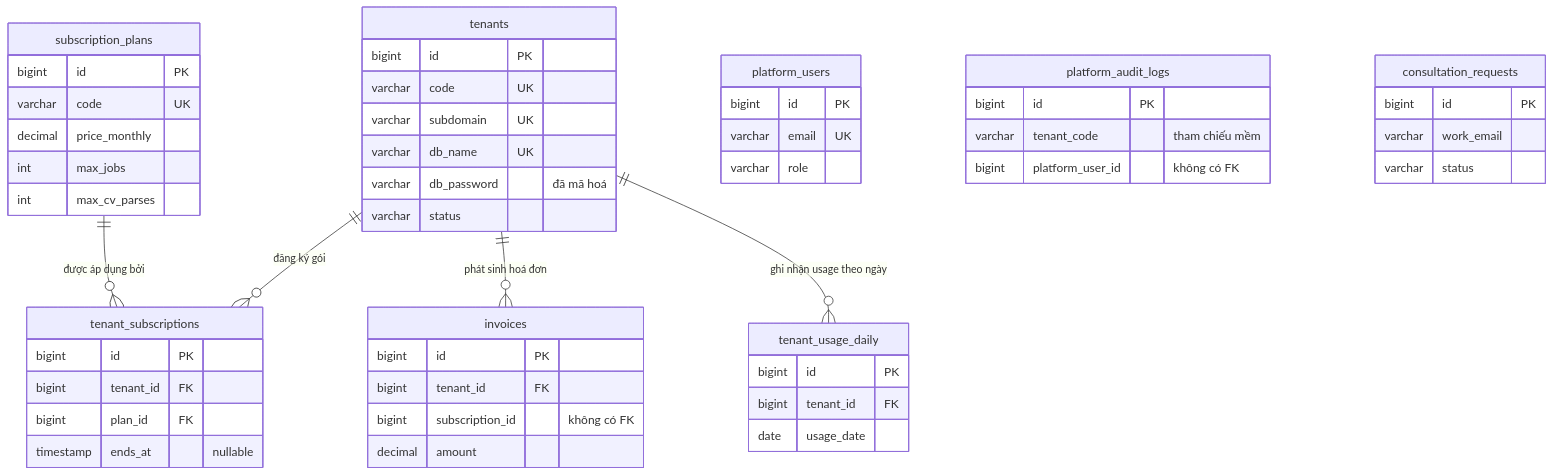
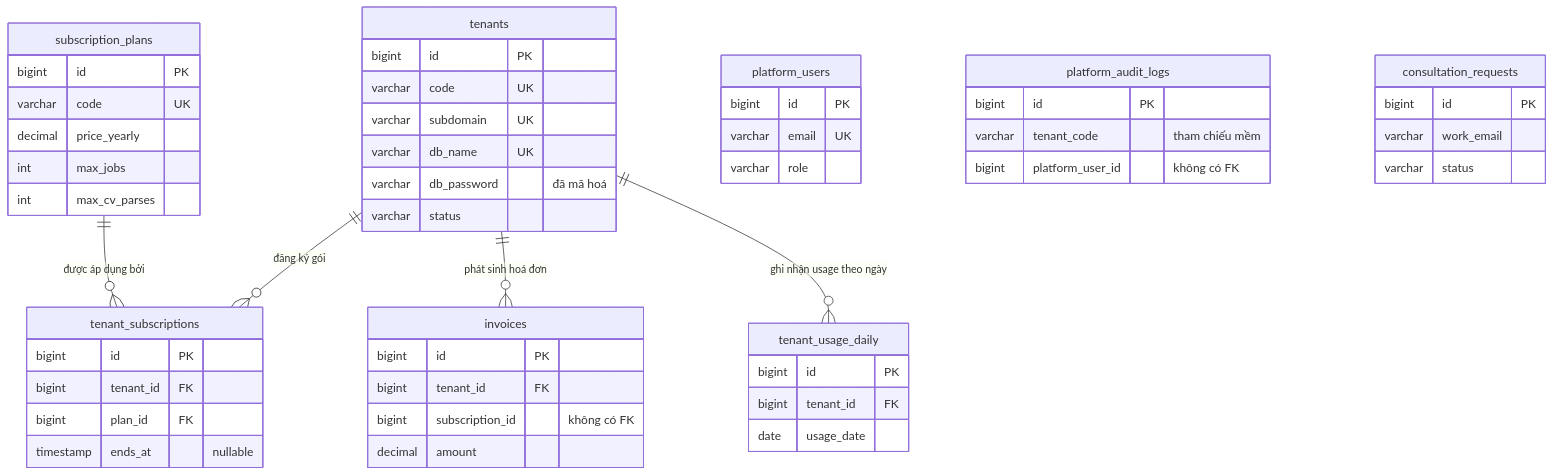
Before and after one commit to hieupnh12/SmartHire-AI: the second of 12 diagrams in docs/database/README.md, drawn with Mermaid. The commit also changed other lines of this file and 23 other files, not shown here.

````diff
--- a/docs/database/README.md
+++ b/docs/database/README.md
@@ -252,55 +252,55 @@
 ```mermaid
 erDiagram
     tenants ||--o{ tenant_subscriptions : "đăng ký gói"
     subscription_plans ||--o{ tenant_subscriptions : "được áp dụng bởi"
     tenants ||--o{ invoices : "phát sinh hoá đơn"
     tenants ||--o{ tenant_usage_daily : "ghi nhận usage theo ngày"
 
     tenants {
         bigint id PK
         varchar code UK
         varchar subdomain UK
         varchar db_name UK
         varchar db_password "đã mã hoá"
         varchar status
     }
     subscription_plans {
         bigint id PK
         varchar code UK
-        decimal price_monthly
+        decimal price_yearly
         int max_jobs
         int max_cv_parses
     }
     tenant_subscriptions {
         bigint id PK
         bigint tenant_id FK
         bigint plan_id FK
         timestamp ends_at "nullable"
     }
     invoices {
         bigint id PK
         bigint tenant_id FK
         bigint subscription_id "không có FK"
         decimal amount
     }
     tenant_usage_daily {
         bigint id PK
         bigint tenant_id FK
         date usage_date
     }
     platform_users {
         bigint id PK
         varchar email UK
         varchar role
     }
     platform_audit_logs {
         bigint id PK
         varchar tenant_code "tham chiếu mềm"
         bigint platform_user_id "không có FK"
     }
     consultation_requests {
         bigint id PK
         varchar work_email
         varchar status
     }
 ```
````
